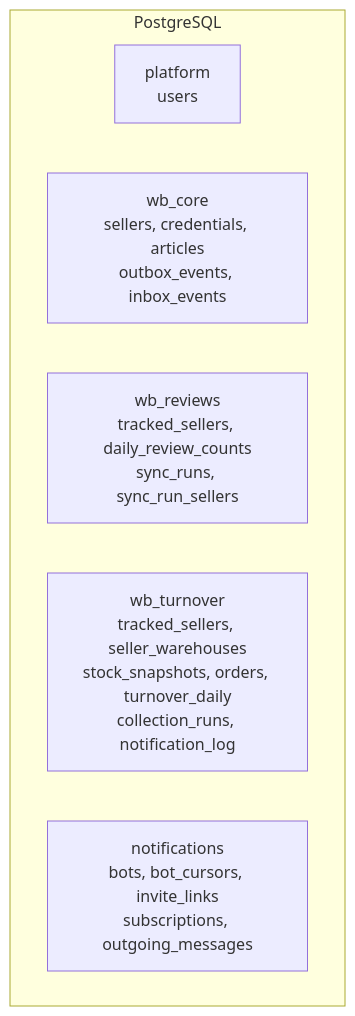
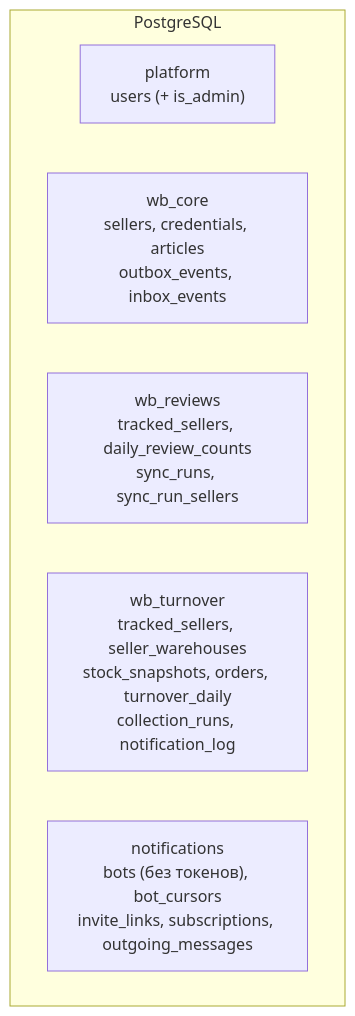
One commit to krionefishy/karbi changed the diagram in docs/architecture/DATA.md. Above: the diagram before and after it, drawn with Mermaid. The commit also changed other lines of this file and 10 other files, not shown here.

````diff
--- a/docs/architecture/DATA.md
+++ b/docs/architecture/DATA.md
@@ -7,10 +7,10 @@
 ```mermaid
 flowchart TB
     subgraph db["PostgreSQL"]
-        platform["platform<br/>users"]
+        platform["platform<br/>users (+ is_admin)"]
         core["wb_core<br/>sellers, credentials, articles<br/>outbox_events, inbox_events"]
         reviews["wb_reviews<br/>tracked_sellers, daily_review_counts<br/>sync_runs, sync_run_sellers"]
         turnover["wb_turnover<br/>tracked_sellers, seller_warehouses<br/>stock_snapshots, orders, turnover_daily<br/>collection_runs, notification_log"]
-        notify["notifications<br/>bots, bot_cursors, invite_links<br/>subscriptions, outgoing_messages"]
+        notify["notifications<br/>bots (без токенов), bot_cursors<br/>invite_links, subscriptions, outgoing_messages"]
     end
 ```
````
